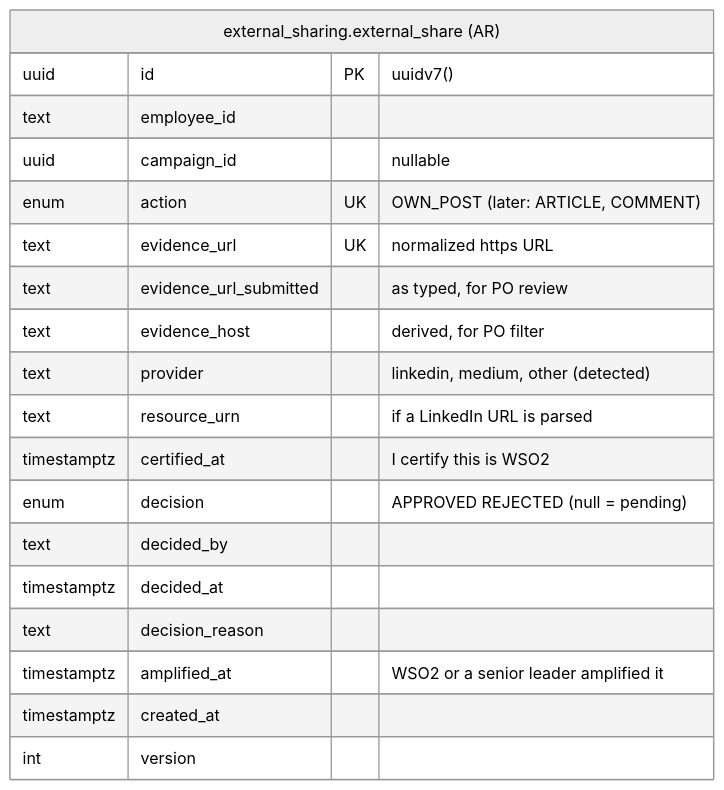
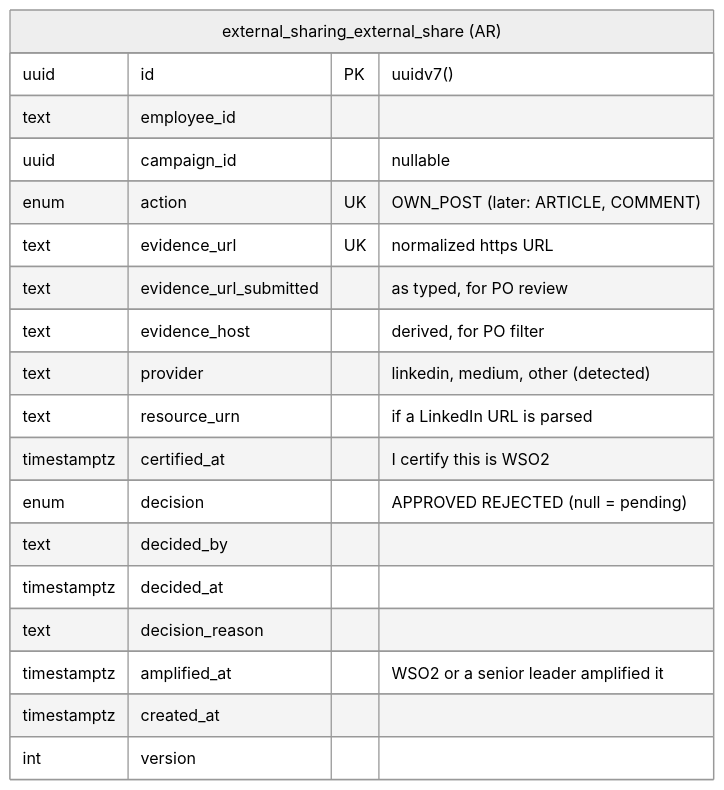
One commit to BechtelCanDoIt/marketing-tools changed the sixth of 10 diagrams in apps/amplify/amplify-database/README.md. Above: the diagram before and after it, drawn with Mermaid (neutral theme). The commit also changed other lines of this file and 170 other files, not shown here.

````diff
--- a/apps/amplify/amplify-database/README.md
+++ b/apps/amplify/amplify-database/README.md
@@ -456,22 +456,22 @@
 ```mermaid
 erDiagram
-    EXTERNAL_SHARE["external_sharing.external_share (AR)"] {
+    EXTERNAL_SHARE["external_sharing_external_share (AR)"] {
         uuid id PK "uuidv7()"
         text employee_id
         uuid campaign_id "nullable"
         enum action UK "OWN_POST (later: ARTICLE, COMMENT)"
         text evidence_url UK "normalized https URL"
         text evidence_url_submitted "as typed, for PO review"
         text evidence_host "derived, for PO filter"
         text provider "linkedin, medium, other (detected)"
         text resource_urn "if a LinkedIn URL is parsed"
         timestamptz certified_at "I certify this is WSO2"
         enum decision "APPROVED REJECTED (null = pending)"
         text decided_by
         timestamptz decided_at
         text decision_reason
         timestamptz amplified_at "WSO2 or a senior leader amplified it"
         timestamptz created_at
         int version
     }
 ```
````
